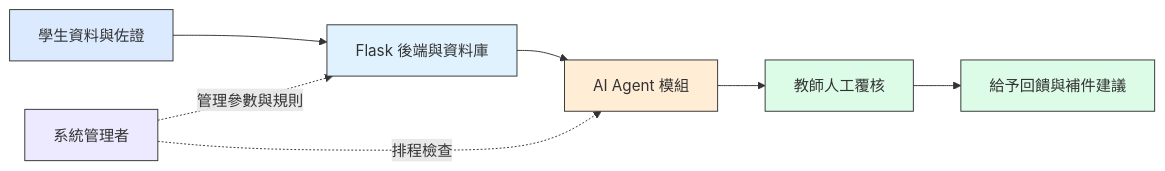
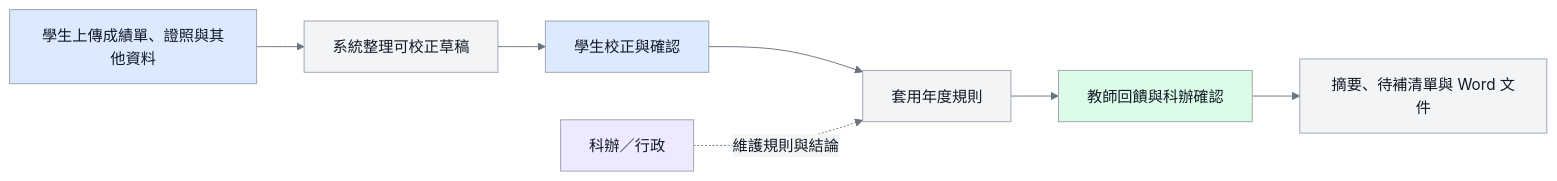
The fifth of 5 diagrams in docs/01_正式規格/資管科智慧學習歷程系統-系統規格設計書-開發閱讀版.md (vujhdcusa/1028), drawn with Mermaid before and after one commit. The commit also changed other lines of this file and 16 other files, not shown here.

Commit message:
docs: correct learning portfolio flow diagrams

````diff
--- a/docs/01_正式規格/資管科智慧學習歷程系統-系統規格設計書-開發閱讀版.md
+++ b/docs/01_正式規格/資管科智慧學習歷程系統-系統規格設計書-開發閱讀版.md
@@ -677,15 +671,15 @@
 ```mermaid
+%%{init: {'theme':'base','themeVariables': {'fontFamily':'Microsoft JhengHei, Noto Sans TC, Arial, sans-serif','primaryColor':'#F3F4F6','primaryTextColor':'#111827','primaryBorderColor':'#9CA3AF','lineColor':'#6B7280'}}}%%
 flowchart LR
-    classDef student fill:#DBEAFE,stroke:#333;
-    classDef teacher fill:#DCFCE7,stroke:#333;
-    classDef admin fill:#EDE9FE,stroke:#333;
-    classDef ai fill:#FFEDD5,stroke:#333;
-    classDef backend fill:#E0F2FE,stroke:#333;
+    classDef student fill:#DBEAFE,stroke:#9CA3AF,color:#111827,stroke-width:1px;
+    classDef system fill:#F3F4F6,stroke:#9CA3AF,color:#111827,stroke-width:1px;
+    classDef teacher fill:#DCFCE7,stroke:#9CA3AF,color:#111827,stroke-width:1px;
+    classDef staff fill:#EDE9FE,stroke:#9CA3AF,color:#111827,stroke-width:1px;
 
-    Input[學生資料與佐證]:::student --> Core[Flask 後端與資料庫]:::backend
-    Core --> AI[AI Agent 模組]:::ai
-    AI --> Review[教師人工覆核]:::teacher
-    Review --> Output[給予回饋與補件建議]:::teacher
-    Admin[系統管理者]:::admin -.->|管理參數與規則| Core
-    Admin -.->|排程檢查| AI
+    Input[學生上傳成績單、證照與其他資料]:::student --> Core[系統整理可校正草稿]:::system
+    Core --> Confirm[學生校正與確認]:::student
+    Confirm --> Rules[套用年度規則]:::system
+    Rules --> Review[教師回饋與科辦確認]:::teacher
+    Review --> Output[摘要、待補清單與 Word 文件]:::system
+    Staff[科辦／行政]:::staff -.維護規則與結論.-> Rules
 ```
````
